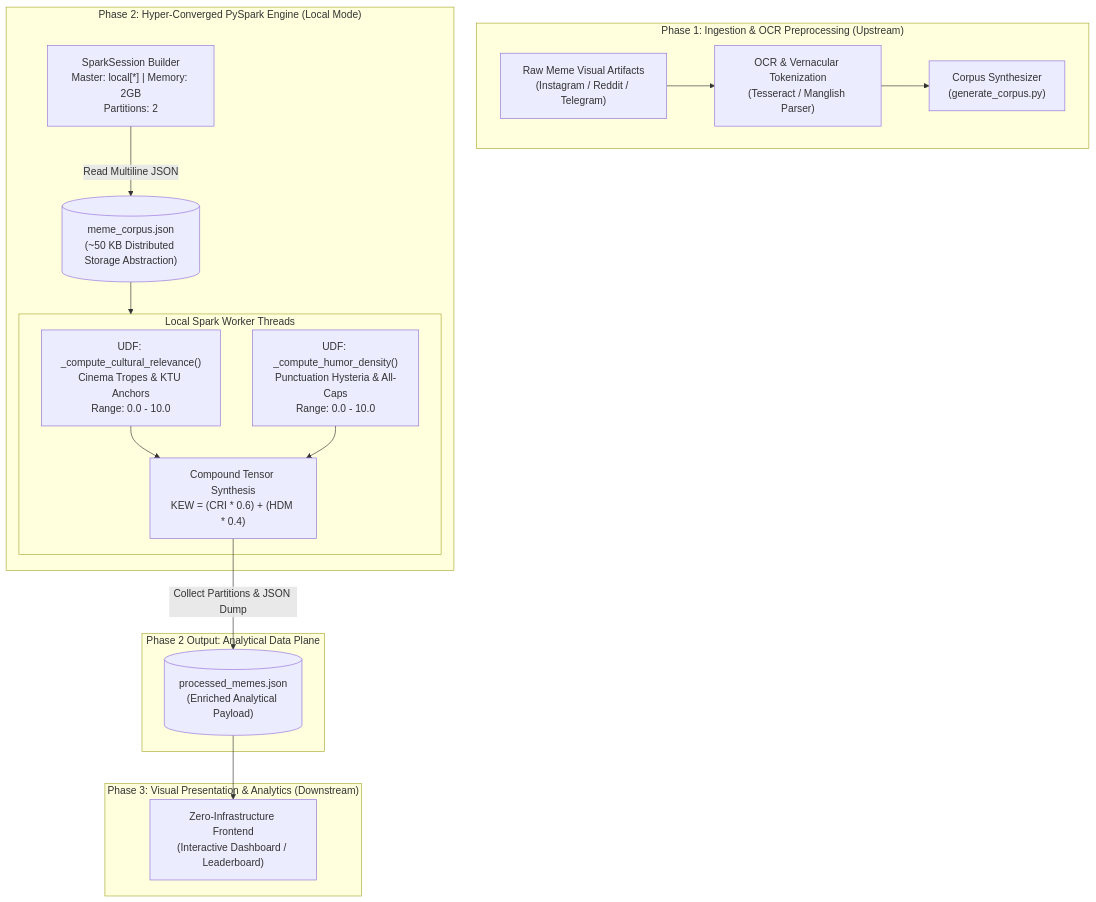
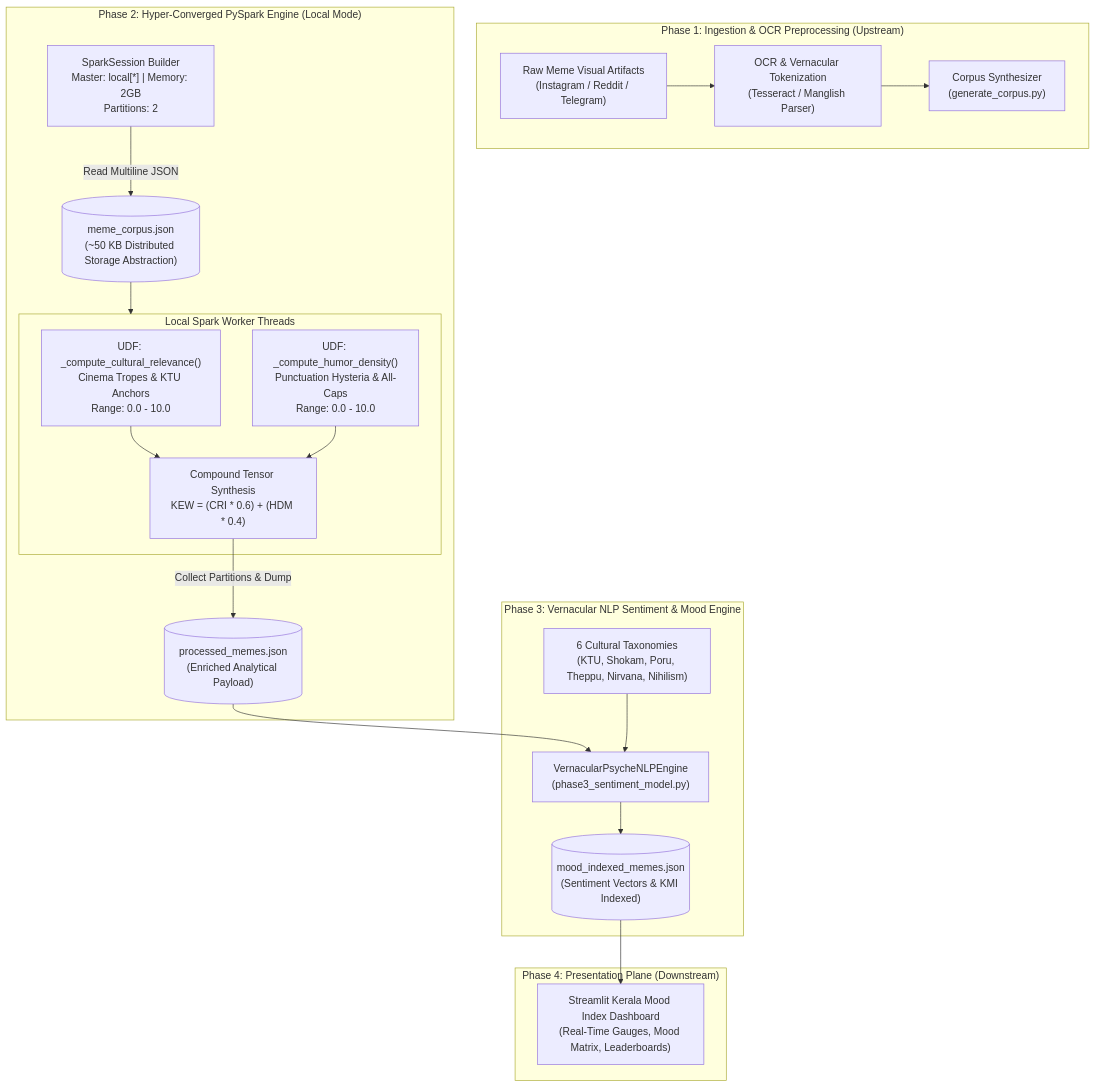
Before and after one commit to RayyanShajahan/mallu-memes: the diagram in PROJECT_MASTER_SUMMARY.md, drawn with Mermaid. The commit also changed other lines of this file and 3 other files, not shown here.

Commit message:
Implement Phase 3 Vernacular NLP Sentiment Engine and update master summary

````diff
--- a/PROJECT_MASTER_SUMMARY.md
+++ b/PROJECT_MASTER_SUMMARY.md
@@ -55,36 +56,43 @@
 ```mermaid
 flowchart TB
     subgraph Phase1["Phase 1: Ingestion & OCR Preprocessing (Upstream)"]
         RawMemes["Raw Meme Visual Artifacts\n(Instagram / Reddit / Telegram)"]
         OCR["OCR & Vernacular Tokenization\n(Tesseract / Manglish Parser)"]
         CorpusGen["Corpus Synthesizer\n(generate_corpus.py)"]
         RawMemes --> OCR
         OCR --> CorpusGen
     end
 
     subgraph DistributedEngine["Phase 2: Hyper-Converged PySpark Engine (Local Mode)"]
         SparkSession["SparkSession Builder\nMaster: local[*] | Memory: 2GB\nPartitions: 2"]
         CorpusPayload[("meme_corpus.json\n(~50 KB Distributed Storage Abstraction)")]
         
         subgraph SparkWorkers["Local Spark Worker Threads"]
             CulturalUDF["UDF: _compute_cultural_relevance()\nCinema Tropes & KTU Anchors\nRange: 0.0 - 10.0"]
             HumorUDF["UDF: _compute_humor_density()\nPunctuation Hysteria & All-Caps\nRange: 0.0 - 10.0"]
             HarmonicTensor["Compound Tensor Synthesis\nKEW = (CRI * 0.6) + (HDM * 0.4)"]
         end
 
         SparkSession -->|Read Multiline JSON| CorpusPayload
         CorpusPayload --> SparkWorkers
         CulturalUDF --> HarmonicTensor
         HumorUDF --> HarmonicTensor
+        ProcessedPayload[("processed_memes.json\n(Enriched Analytical Payload)")]
+        HarmonicTensor -->|Collect Partitions & Dump| ProcessedPayload
     end
 
-    subgraph StoragePhase["Phase 2 Output: Analytical Data Plane"]
-        ProcessedPayload[("processed_memes.json\n(Enriched Analytical Payload)")]
-        HarmonicTensor -->|Collect Partitions & JSON Dump| ProcessedPayload
+    subgraph Phase3["Phase 3: Vernacular NLP Sentiment & Mood Engine"]
+        NLPEngine["VernacularPsycheNLPEngine\n(phase3_sentiment_model.py)"]
+        Taxonomies["6 Cultural Taxonomies\n(KTU, Shokam, Poru, Theppu, Nirvana, Nihilism)"]
+        MoodPayload[("mood_indexed_memes.json\n(Sentiment Vectors & KMI Indexed)")]
+
+        ProcessedPayload --> NLPEngine
+        Taxonomies --> NLPEngine
+        NLPEngine --> MoodPayload
     end
 
-    subgraph Phase3["Phase 3: Visual Presentation & Analytics (Downstream)"]
-        WebUI["Zero-Infrastructure Frontend\n(Interactive Dashboard / Leaderboard)"]
-        ProcessedPayload --> WebUI
+    subgraph Phase4["Phase 4: Presentation Plane (Downstream)"]
+        Dashboard["Streamlit Kerala Mood Index Dashboard\n(Real-Time Gauges, Mood Matrix, Leaderboards)"]
+        MoodPayload --> Dashboard
     end
 ```
````
